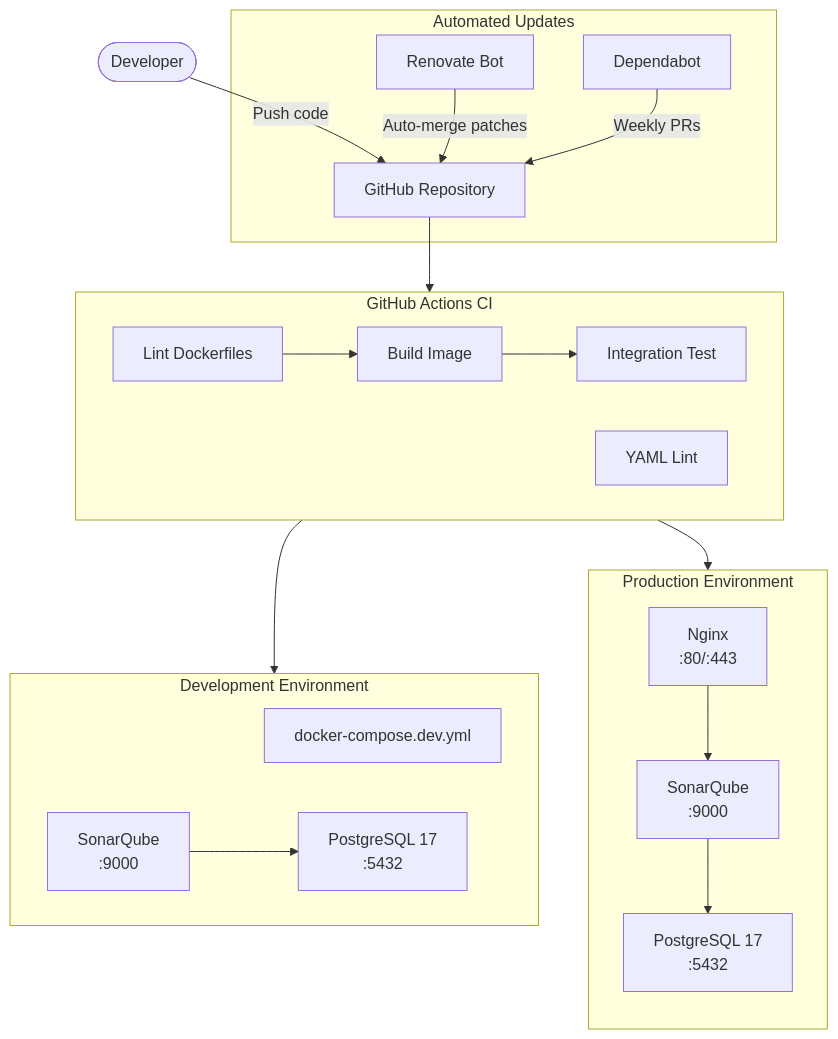
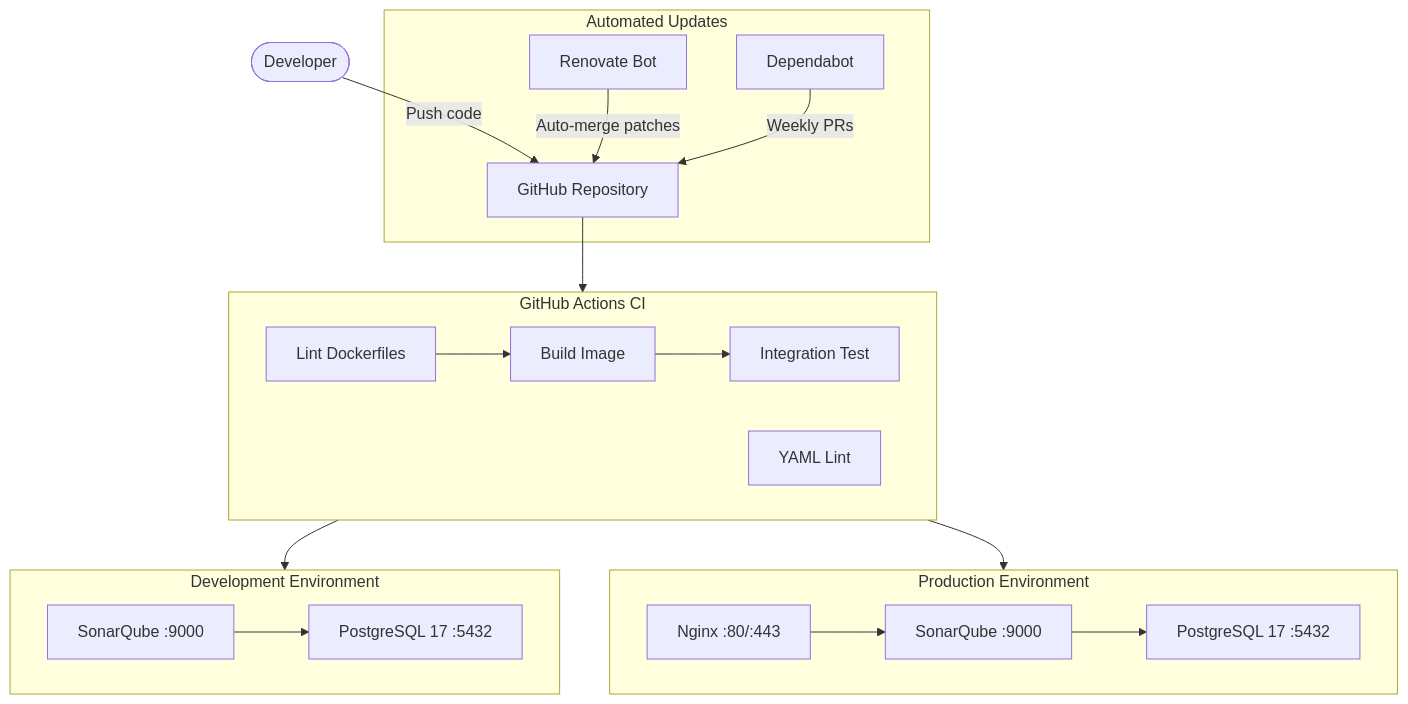
The first of 2 diagrams in README.md (vanchasrujankumar/sonarqube-docker-deployment), drawn with Mermaid before and after one commit. The commit also changed other lines of this file and 1 other file, not shown here.

Commit message:
Fix Mermaid rendering on GitHub Pages: use raw HTML pre blocks and run() API

````diff
--- a/README.md
+++ b/README.md
@@ -9,35 +9,33 @@
-```mermaid
+<pre class="mermaid">
 flowchart TD
     User([Developer]) -->|Push code| GH[GitHub Repository]
     
     subgraph CI[GitHub Actions CI]
         Lint[Lint Dockerfiles]
         Build[Build Image]
         Test[Integration Test]
         YAMLLint[YAML Lint]
         Lint --> Build --> Test
     end
     
     GH --> CI
     
     subgraph Dev[Development Environment]
-        DC_DEV[docker-compose.dev.yml]
-        SQ_DEV[SonarQube<br/>:9000]
-        PG_DEV[PostgreSQL 17<br/>:5432]
+        SQ_DEV[SonarQube :9000]
+        PG_DEV[PostgreSQL 17 :5432]
         SQ_DEV --> PG_DEV
     end
     
     subgraph Prod[Production Environment]
-        direction TB
-        NX[Nginx<br/>:80/:443] --> SQ_PROD[SonarQube<br/>:9000]
-        SQ_PROD --> PG_PROD[PostgreSQL 17<br/>:5432]
+        NX[Nginx :80/:443] --> SQ_PROD[SonarQube :9000]
+        SQ_PROD --> PG_PROD[PostgreSQL 17 :5432]
     end
 
     subgraph Automation[Automated Updates]
         REN[Renovate Bot] -->|Auto-merge patches| GH
         DEP[Dependabot] -->|Weekly PRs| GH
     end
 
     CI --> Dev
     CI --> Prod
-```
+</pre>
````
